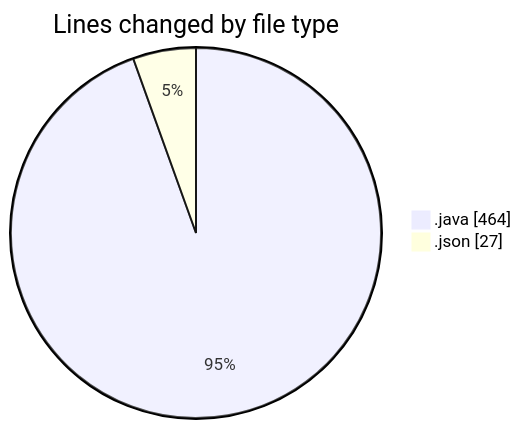
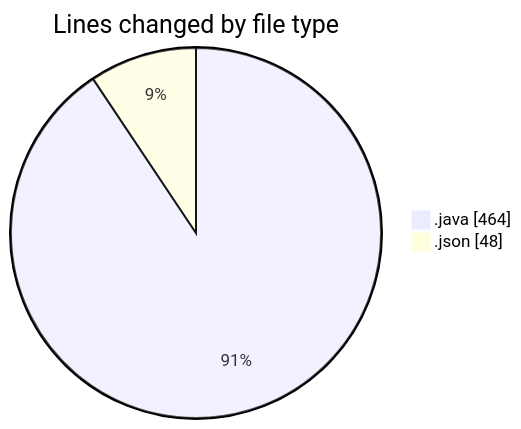
The first of 2 diagrams in 2025-05-27/minisocialnetwork/README.md (NitaiMahat/code-tracking), drawn with Mermaid before and after one commit. The commit also changed other lines of this file and 1 other file, not shown here.

````diff
--- a/2025-05-27/minisocialnetwork/README.md
+++ b/2025-05-27/minisocialnetwork/README.md
@@ -30,6 +31,6 @@
 ```mermaid
 pie showData
 title Lines changed by file type
 ".java" : 464
-".json" : 27
+".json" : 48
 ```
````
